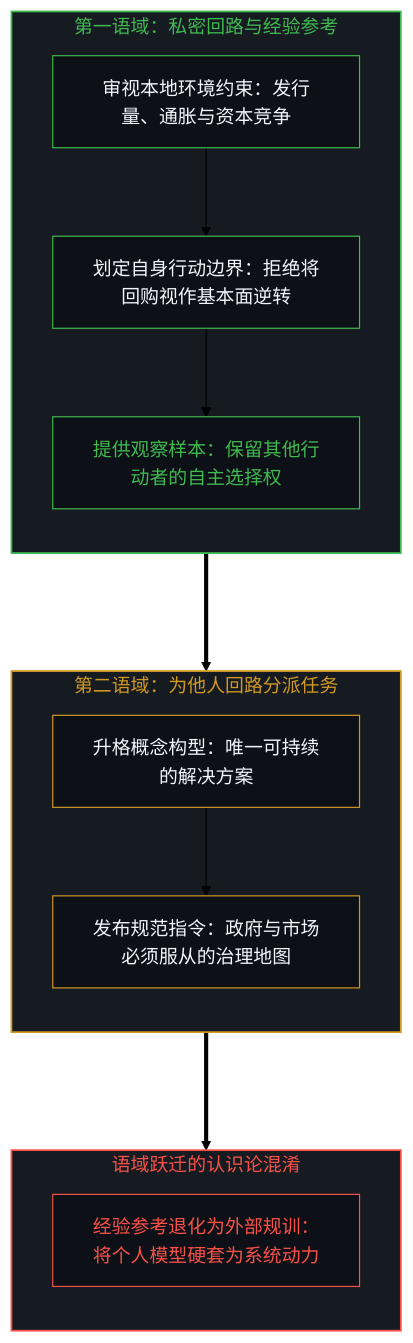
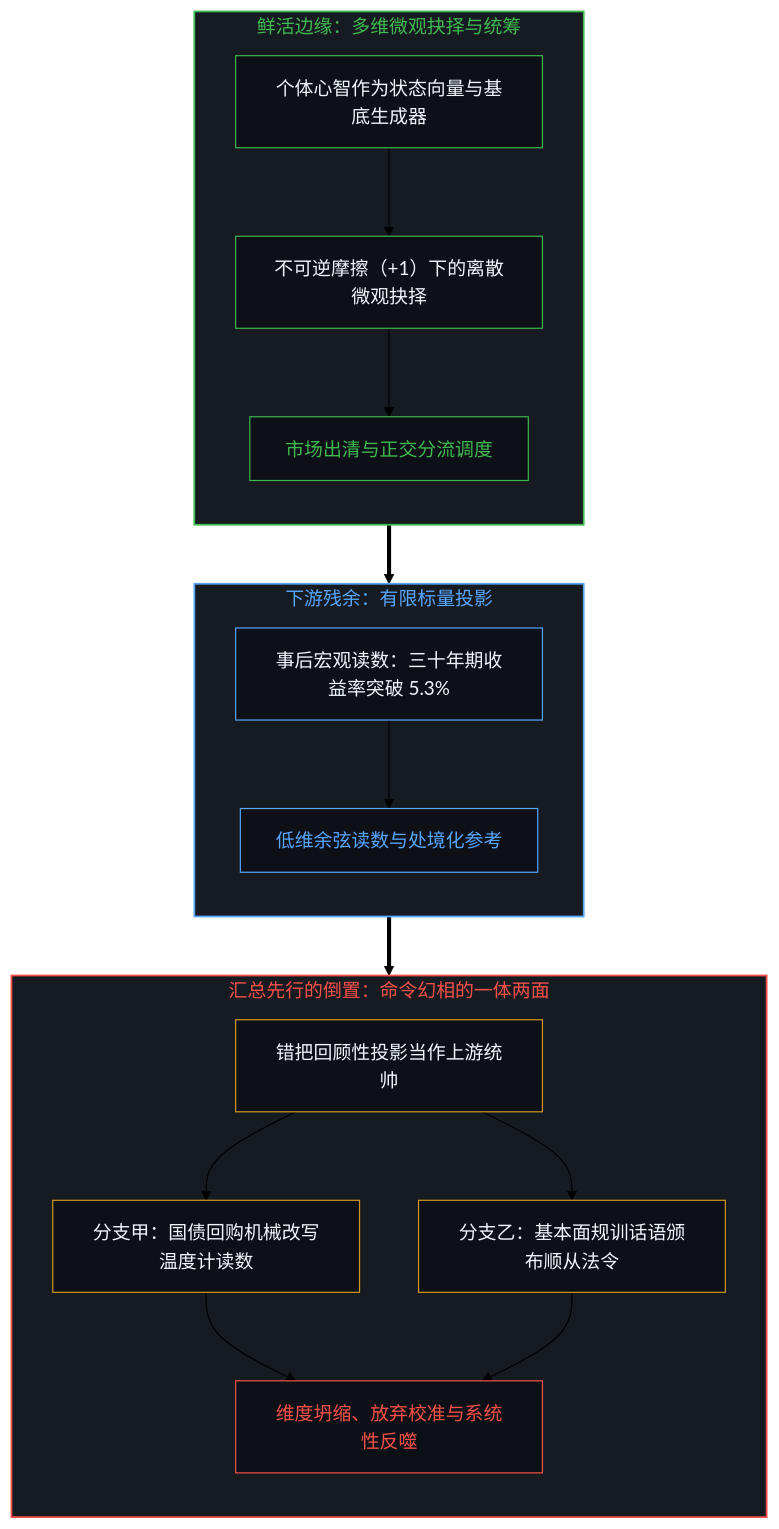
Before and after one commit to powerpig99/not-a-toe: the first of 2 diagrams in content/posts/the-summary-first-reversal-and-the-command-of-yields.md, drawn with Mermaid (forest theme). The commit also changed other lines of this file and 1 other file, not shown here.

Commit message:
Refine the-summary-first-reversal-and-the-command-of-yields (Wave 3 L2 #138)

````diff
--- a/content/posts/the-summary-first-reversal-and-the-command-of-yields.md
+++ b/content/posts/the-summary-first-reversal-and-the-command-of-yields.md
@@ -27,31 +49,38 @@
 ```mermaid
-graph TD
-    subgraph S_RegisterOne ["第一语域：私密回路与经验参考"]
+flowchart TD
+    subgraph S_Edge["鲜活边缘：多维微观抉择与统筹"]
         direction TB
-        A1["审视本地环境约束：发行量、通胀与资本竞争"] --> A2["划定自身行动边界：拒绝将回购视作基本面逆转"]
-        A2 --> A3["提供观察样本：保留其他行动者的自主选择权"]
+        M1["个体心智作为状态向量与基底生成器"] --> M2["不可逆摩擦（+1）下的离散微观抉择"]
+        M2 --> M3["市场出清与正交分流调度"]
     end
 
-    subgraph S_RegisterTwo ["第二语域：为他人回路分派任务"]
+    subgraph S_Trace["下游残余：有限标量投影"]
         direction TB
-        B1["升格概念构型：唯一可持续的解决方案"] --> B2["发布规范指令：政府与市场必须服从的治理地图"]
+        T1["事后宏观读数：三十年期收益率突破 5.3%"] --> T2["低维余弦读数与处境化参考"]
     end
 
-    subgraph S_ShiftDanger ["语域跃迁的认识论混淆"]
+    subgraph S_Reversal["汇总先行的倒置：命令幻相的一体两面"]
         direction TB
-        C1["经验参考退化为外部规训：将个人模型硬套为系统动力"]
+        R1["错把回顾性投影当作上游统帅"]
+        R1 --> R2["分支甲：国债回购机械改写温度计读数"]
+        R1 --> R3["分支乙：基本面规训话语颁布顺从法令"]
+        R2 --> R4["维度坍缩、放弃校准与系统性反噬"]
+        R3 --> R4
     end
 
-    A3 ===> B1
-    B2 ===> C1
+    M3 ==> T1
+    T2 ==> R1
 
-    style S_RegisterOne fill:#161b22,stroke:#3fb950,stroke-width:1.5px,color:#3fb950
-    style S_RegisterTwo fill:#161b22,stroke:#d29922,stroke-width:1.5px,color:#d29922
-    style S_ShiftDanger fill:#161b22,stroke:#f85149,stroke-width:1.5px,color:#f85149
-    style A1 fill:#0d1117,stroke:#3fb950,stroke-width:1px,color:#f0f6fc
-    style A2 fill:#0d1117,stroke:#3fb950,stroke-width:1px,color:#f0f6fc
-    style A3 fill:#0d1117,stroke:#3fb950,stroke-width:1px,color:#3fb950
-    style B1 fill:#0d1117,stroke:#d29922,stroke-width:1px,color:#f0f6fc
-    style B2 fill:#0d1117,stroke:#d29922,stroke-width:1px,color:#f0f6fc
-    style C1 fill:#0d1117,stroke:#f85149,stroke-width:1px,color:#f85149
+    style S_Edge fill:#161b22,stroke:#3fb950,stroke-width:1.5px,color:#3fb950
+    style S_Trace fill:#161b22,stroke:#58a6ff,stroke-width:1.5px,color:#58a6ff
+    style S_Reversal fill:#161b22,stroke:#f85149,stroke-width:1.5px,color:#f85149
+    style M1 fill:#0d1117,stroke:#3fb950,stroke-width:1px,color:#f0f6fc
+    style M2 fill:#0d1117,stroke:#3fb950,stroke-width:1px,color:#f0f6fc
+    style M3 fill:#0d1117,stroke:#3fb950,stroke-width:1px,color:#3fb950
+    style T1 fill:#0d1117,stroke:#58a6ff,stroke-width:1px,color:#f0f6fc
+    style T2 fill:#0d1117,stroke:#58a6ff,stroke-width:1px,color:#58a6ff
+    style R1 fill:#0d1117,stroke:#d29922,stroke-width:1px,color:#f0f6fc
+    style R2 fill:#0d1117,stroke:#d29922,stroke-width:1px,color:#f0f6fc
+    style R3 fill:#0d1117,stroke:#d29922,stroke-width:1px,color:#f0f6fc
+    style R4 fill:#0d1117,stroke:#f85149,stroke-width:1px,color:#f85149
 ```
````
